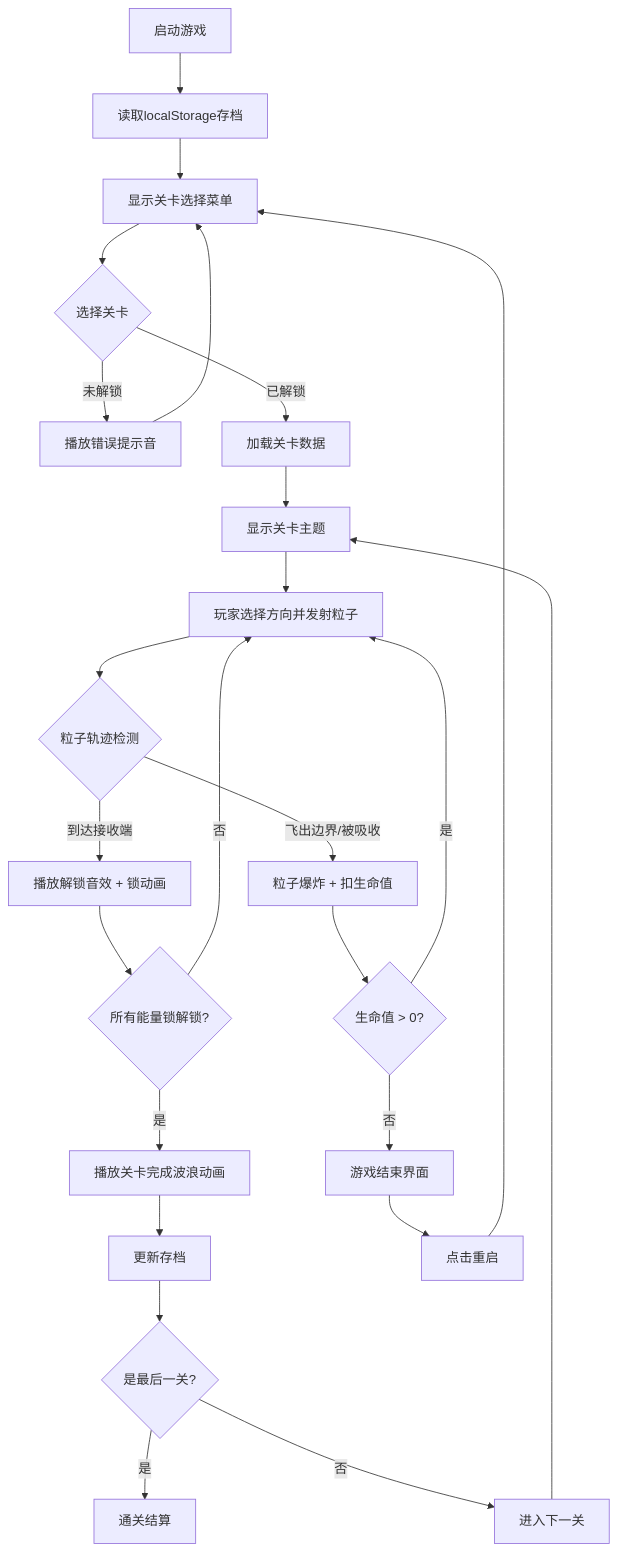
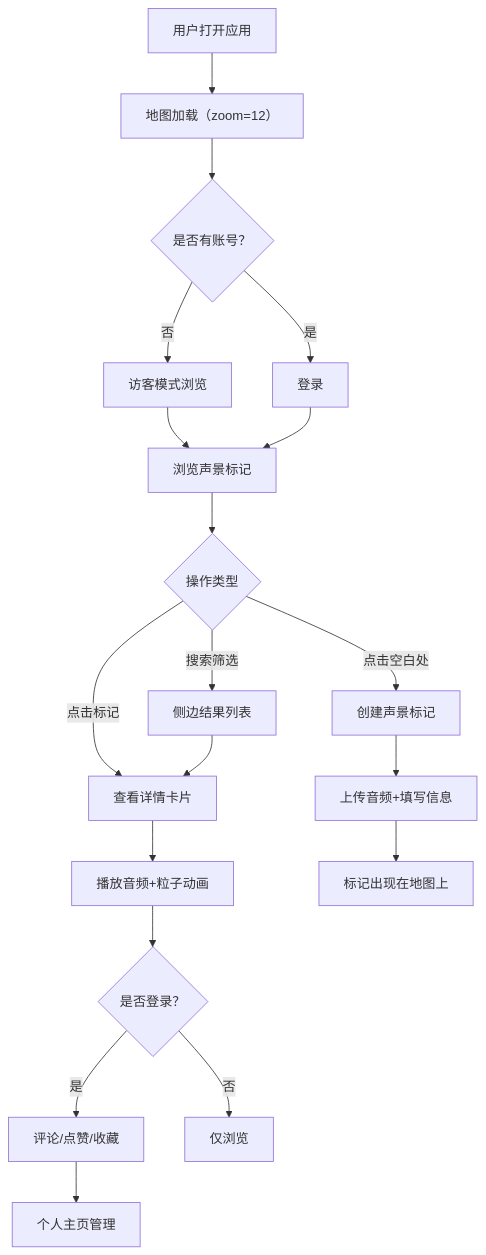
The diagram in cp2_6.11_auto9/.trae/documents/PRD.md (NUDT-ZSL/Solo), drawn with Mermaid before and after one commit. The commit also changed other lines of this file and 10 other files, not shown here.

````diff
--- a/cp2_6.11_auto9/.trae/documents/PRD.md
+++ b/cp2_6.11_auto9/.trae/documents/PRD.md
@@ -40,27 +60,21 @@
 ```mermaid
 flowchart TD
-    A["启动游戏"] --> B["读取localStorage存档"]
-    B --> C["显示关卡选择菜单"]
-    C --> D{"选择关卡"}
-    D -->|未解锁| E["播放错误提示音"]
-    E --> C
-    D -->|已解锁| F["加载关卡数据"]
-    F --> G["显示关卡主题"]
-    G --> H["玩家选择方向并发射粒子"]
-    H --> I{"粒子轨迹检测"}
-    I -->|到达接收端| J["播放解锁音效 + 锁动画"]
-    J --> K{"所有能量锁解锁?"}
-    K -->|是| L["播放关卡完成波浪动画"]
-    L --> M["更新存档"]
-    M --> N{"是最后一关?"}
-    N -->|是| O["通关结算"]
-    N -->|否| P["进入下一关"]
-    P --> G
-    K -->|否| H
-    I -->|飞出边界/被吸收| Q["粒子爆炸 + 扣生命值"]
-    Q --> R{"生命值 > 0?"}
-    R -->|是| H
-    R -->|否| S["游戏结束界面"]
-    S --> T["点击重启"]
-    T --> C
+    A["用户打开应用"] --> B["地图加载（zoom=12）"]
+    B --> C{"是否有账号？"}
+    C -->|否| D["访客模式浏览"]
+    C -->|是| E["登录"]
+    D --> F["浏览声景标记"]
+    E --> F
+    F --> G{"操作类型"}
+    G -->|点击标记| H["查看详情卡片"]
+    H --> I["播放音频+粒子动画"]
+    I --> J{"是否登录？"}
+    J -->|是| K["评论/点赞/收藏"]
+    J -->|否| L["仅浏览"]
+    G -->|点击空白处| M["创建声景标记"]
+    M --> N["上传音频+填写信息"]
+    N --> O["标记出现在地图上"]
+    G -->|搜索筛选| P["侧边结果列表"]
+    P --> H
+    K --> Q["个人主页管理"]
 ```
````
